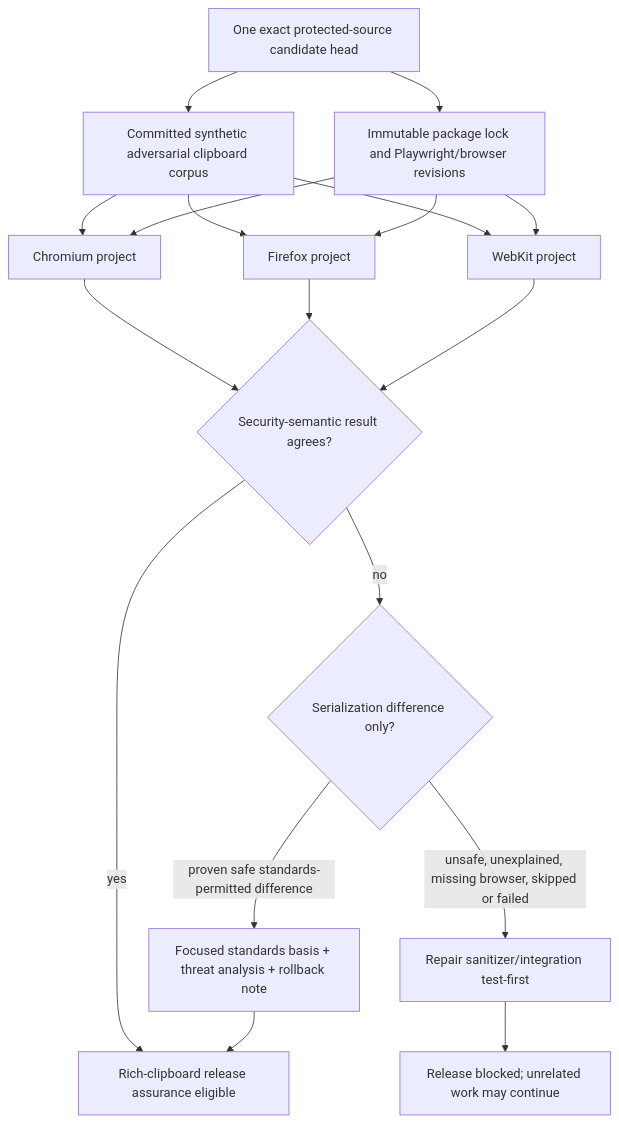
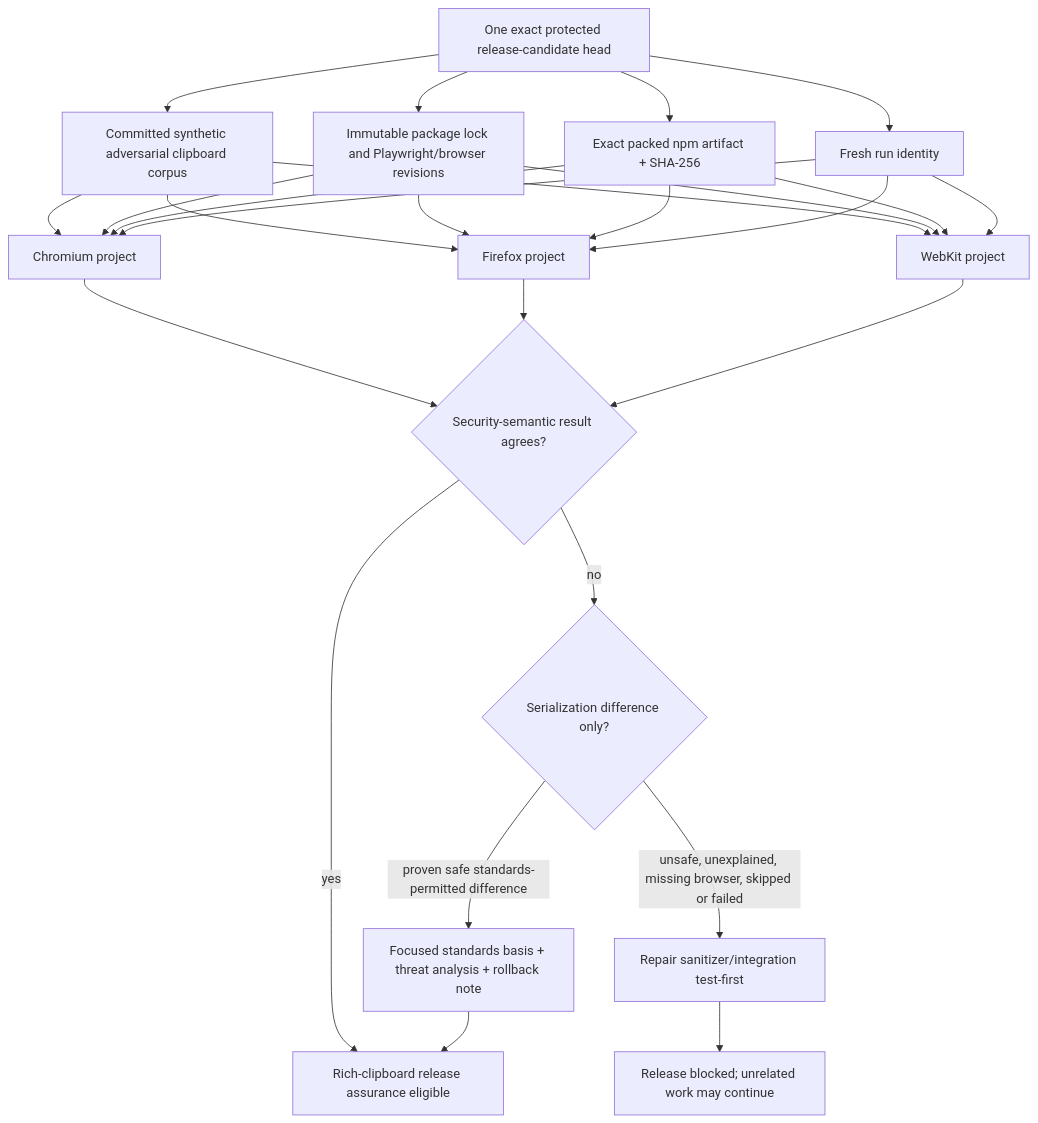
One commit to ContextualWisdomLab/inkspan changed the third of 17 diagrams in docs/UML.md. Above: the diagram before and after it, drawn with Mermaid. The commit also changed other lines of this file, not shown here.

Commit message:
docs(uml): mark browser assurance protected

````diff
--- a/docs/UML.md
+++ b/docs/UML.md
@@ -64,31 +64,41 @@
 ```mermaid
 flowchart TB
-  Head[One exact protected-source candidate head]
+  Head[One exact protected release-candidate head]
   Corpus[Committed synthetic adversarial clipboard corpus]
   Lock[Immutable package lock and Playwright/browser revisions]
+  Packed[Exact packed npm artifact + SHA-256]
+  Run[Fresh run identity]
   Chromium[Chromium project]
   Firefox[Firefox project]
   WebKit[WebKit project]
   Semantic{Security-semantic result agrees?}
   Difference{Serialization difference only?}
   Basis[Focused standards basis + threat analysis + rollback note]
   Repair[Repair sanitizer/integration test-first]
   ReleaseGate[Rich-clipboard release assurance eligible]
   Blocked[Release blocked; unrelated work may continue]
 
   Head --> Corpus
   Head --> Lock
+  Head --> Packed
+  Head --> Run
   Corpus --> Chromium
   Corpus --> Firefox
   Corpus --> WebKit
   Lock --> Chromium
   Lock --> Firefox
   Lock --> WebKit
+  Packed --> Chromium
+  Packed --> Firefox
+  Packed --> WebKit
+  Run --> Chromium
+  Run --> Firefox
+  Run --> WebKit
   Chromium --> Semantic
   Firefox --> Semantic
   WebKit --> Semantic
   Semantic -->|yes| ReleaseGate
   Semantic -->|no| Difference
   Difference -->|proven safe standards-permitted difference| Basis --> ReleaseGate
   Difference -->|unsafe, unexplained, missing browser, skipped or failed| Repair --> Blocked
 ```
````
